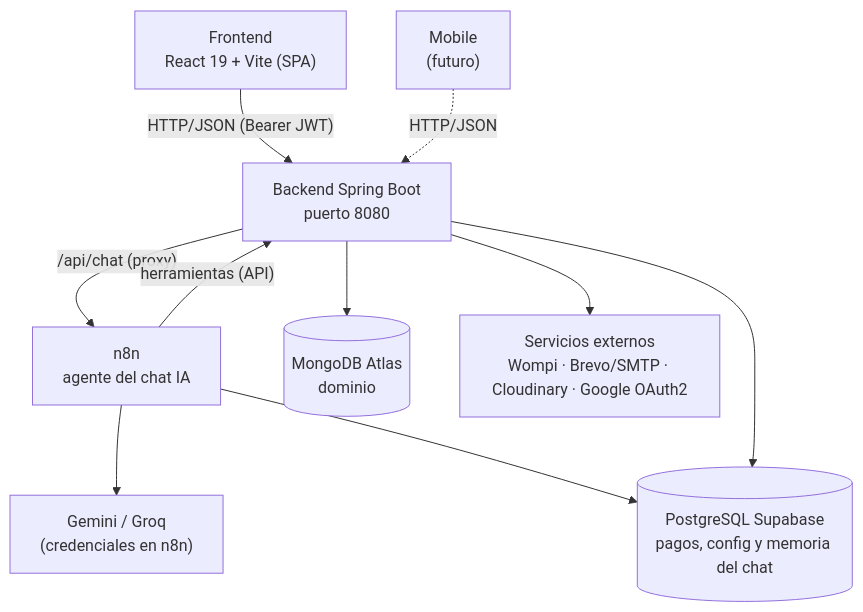
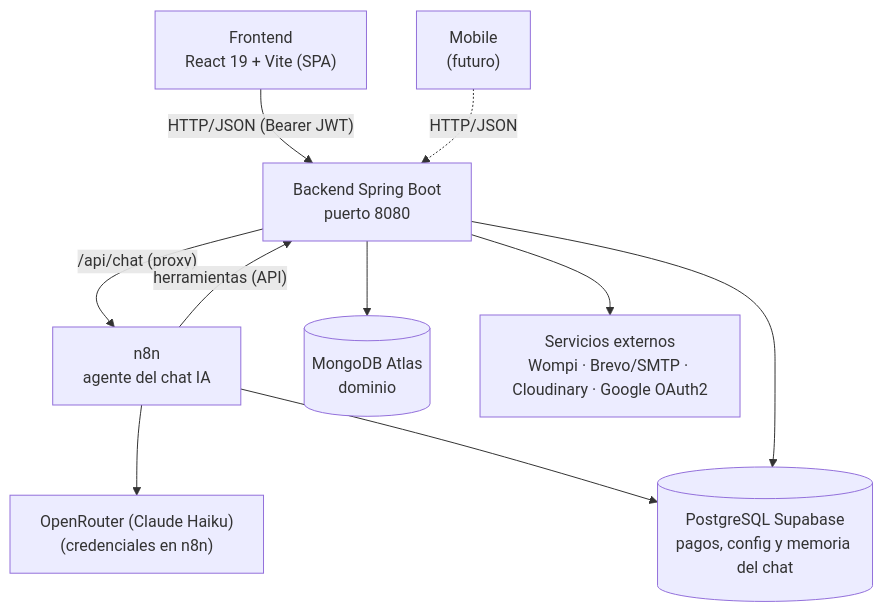
Before and after one commit to brainyns/Drivemaster: the diagram in README.md, drawn with Mermaid. The commit also changed other lines of this file and 13 other files, not shown here.

First line of the commit message:
Chat IA: OpenRouter con Claude Haiku 5.5 y topes de gasto

````diff
--- a/README.md
+++ b/README.md
@@ -131,21 +131,21 @@
 ```mermaid
 flowchart TD
     FE["Frontend<br/>React 19 + Vite (SPA)"]
     MOB["Mobile<br/>(futuro)"]
     BE["Backend Spring Boot<br/>puerto 8080"]
     N8N["n8n<br/>agente del chat IA"]
     MONGO[("MongoDB Atlas<br/>dominio")]
     PG[("PostgreSQL Supabase<br/>pagos, config y memoria del chat")]
     EXT["Servicios externos<br/>Wompi · Brevo/SMTP · Cloudinary · Google OAuth2"]
-    IA["Gemini / Groq<br/>(credenciales en n8n)"]
+    IA["OpenRouter (Claude Haiku)<br/>(credenciales en n8n)"]
 
     FE -- "HTTP/JSON (Bearer JWT)" --> BE
     MOB -. "HTTP/JSON" .-> BE
     BE -- "/api/chat (proxy)" --> N8N
     N8N -- "herramientas (API)" --> BE
     N8N --> IA
     N8N --> PG
     BE --> MONGO
     BE --> PG
     BE --> EXT
 ```
````
